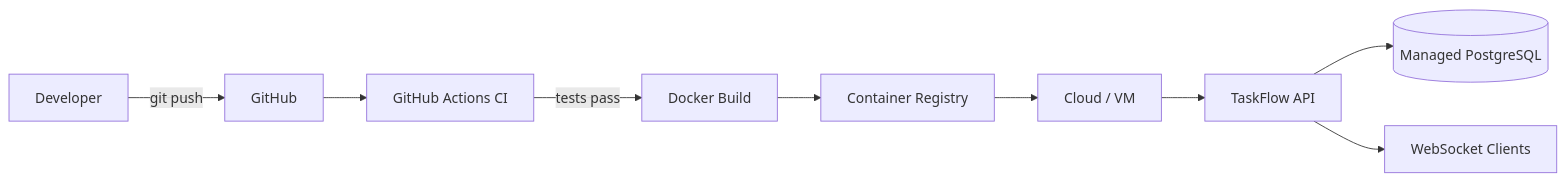
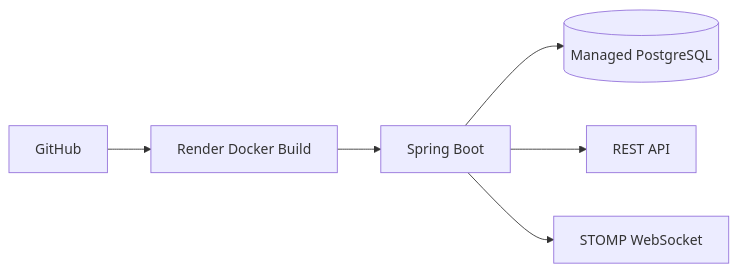
The second of 2 diagrams in README.md (deadlyrps2802/TaskFlow), drawn with Mermaid before and after one commit. The commit also changed other lines of this file, not shown here.

Commit message:
docs: add production deployment and live API links

````diff
--- a/README.md
+++ b/README.md
@@ -25,11 +33,8 @@
 ```mermaid
 flowchart LR
-    A[Developer] -->|git push| B[GitHub]
-    B --> C[GitHub Actions CI]
-    C -->|tests pass| D[Docker Build]
-    D --> E[Container Registry]
-    E --> F[Cloud / VM]
-    F --> G[TaskFlow API]
-    G --> H[(Managed PostgreSQL)]
-    G --> I[WebSocket Clients]
+    A[GitHub] --> B[Render Docker Build]
+    B --> C[Spring Boot]
+    C --> D[(Managed PostgreSQL)]
+    C --> E[REST API]
+    C --> F[STOMP WebSocket]
 ```
````
